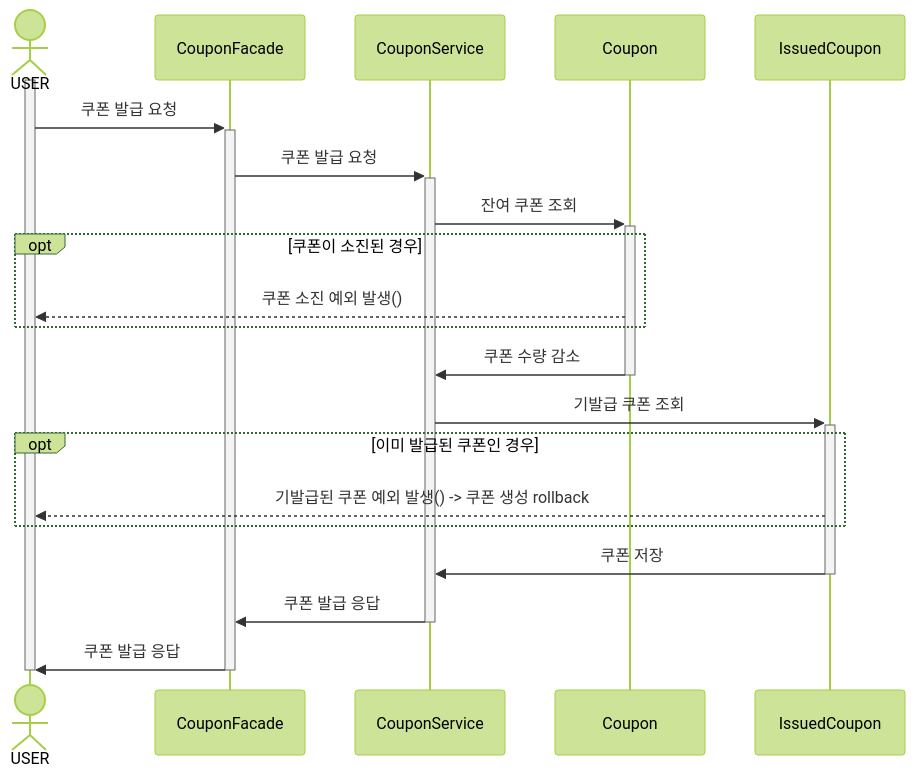
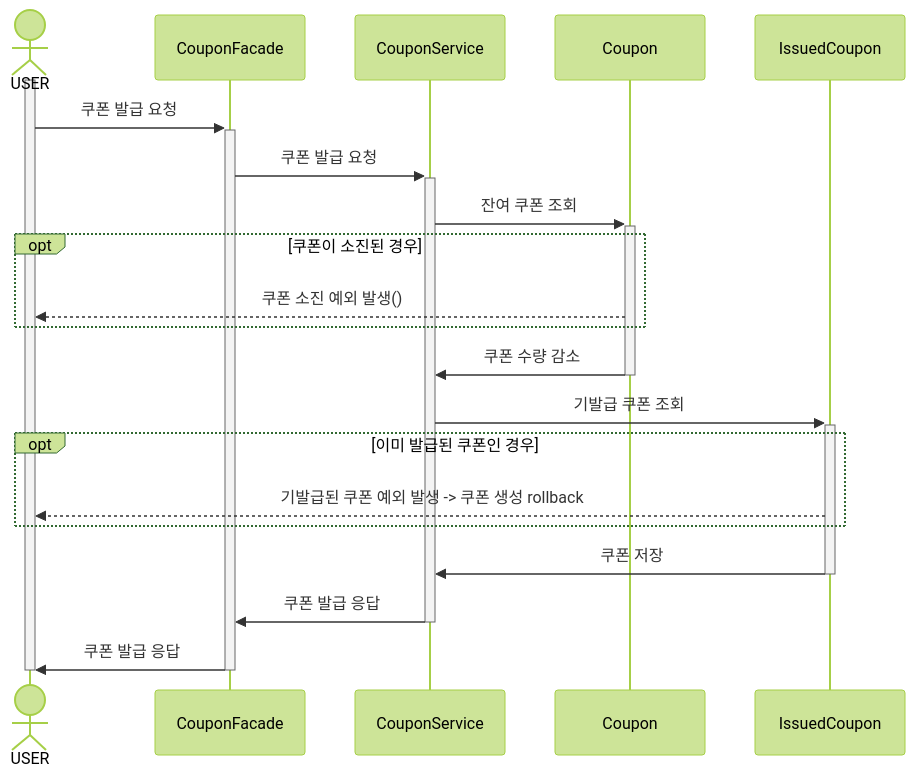
The sixth of 7 diagrams in docs/requirements-analysis/sequence-diagram.md (ch00kh/e-commerce-sercvice), drawn with Mermaid (forest theme) before and after one commit. The commit also changed other lines of this file, not shown here.

````diff
--- a/docs/requirements-analysis/sequence-diagram.md
+++ b/docs/requirements-analysis/sequence-diagram.md
@@ -160,25 +149,25 @@
 ```mermaid
 sequenceDiagram
   actor USER
   participant CouponFacade
   participant CouponService
   participant Coupon
   participant IssuedCoupon
   
   activate USER
   USER ->>+ CouponFacade: 쿠폰 발급 요청
   CouponFacade ->>+ CouponService: 쿠폰 발급 요청
   CouponService ->>+ Coupon: 잔여 쿠폰 조회
   opt 쿠폰이 소진된 경우
     Coupon -->> USER: 쿠폰 소진 예외 발생()
   end
   Coupon ->>- CouponService: 쿠폰 수량 감소
   CouponService ->>+ IssuedCoupon: 기발급 쿠폰 조회
   opt 이미 발급된 쿠폰인 경우
-    IssuedCoupon-->> USER: 기발급된 쿠폰 예외 발생() -> 쿠폰 생성 rollback
+    IssuedCoupon-->> USER: 기발급된 쿠폰 예외 발생 -> 쿠폰 생성 rollback
   end
   IssuedCoupon ->>- CouponService: 쿠폰 저장
   CouponService ->>- CouponFacade: 쿠폰 발급 응답
   CouponFacade ->>- USER: 쿠폰 발급 응답
   deactivate USER
 ```
````
